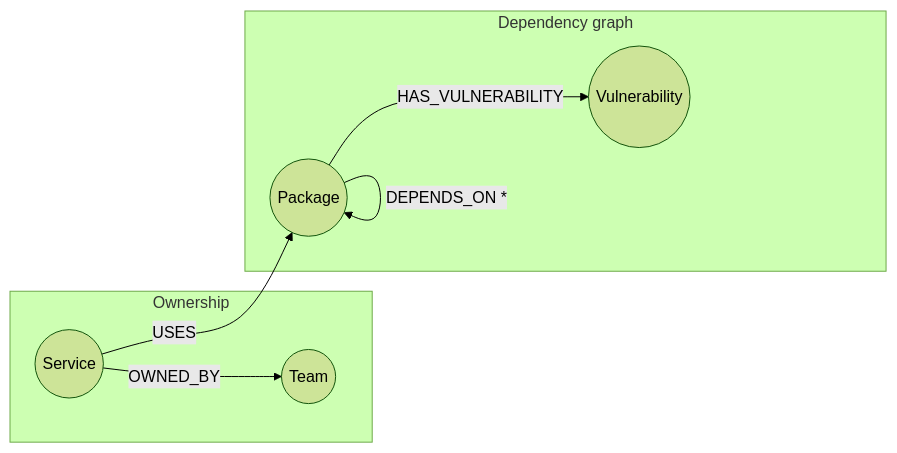
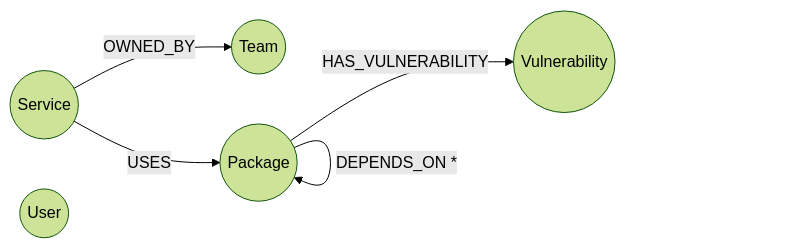
Before and after one commit to ABISHEK086/Fault-line: the diagram in README.md, drawn with Mermaid (forest theme). The commit also changed other lines of this file and 6 other files, not shown here.

````diff
--- a/README.md
+++ b/README.md
@@ -67,16 +16,13 @@
 ```mermaid
 graph LR
-    subgraph Ownership
-        Team((Team))
-        Service((Service))
-    end
-    subgraph "Dependency graph"
-        Package((Package))
-        Vuln((Vulnerability))
-    end
+    Team((Team))
+    Service((Service))
+    Package((Package))
+    Vuln((Vulnerability))
+    User((User))
 
     Service -- OWNED_BY --> Team
     Service -- USES --> Package
     Package -- "DEPENDS_ON *" --> Package
     Package -- HAS_VULNERABILITY --> Vuln
 ```
````
